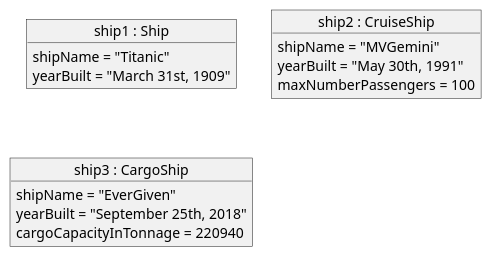
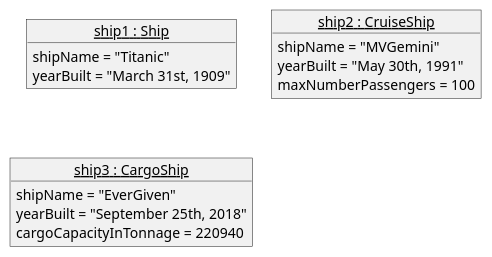
The diagram in HW3/Object Diagrams/ShipObjectUML.plantuml (adenletchworth/Software-Engineering-Submissions), drawn with PlantUML before and after one commit. The commit also changed 5 other files, not shown here.

Commit message:
fix: Add underline for object diagram names

```diff
--- a/HW3/Object Diagrams/ShipObjectUML.plantuml
+++ b/HW3/Object Diagrams/ShipObjectUML.plantuml
@@ -1,21 +1,20 @@
 @startuml ShipObject
 
-object "ship1 : Ship" as ship1 {
+object "<u>ship1 : Ship</u>" as ship1 {
   shipName = "Titanic"
   yearBuilt = "March 31st, 1909"
 }
 
-object "ship2 : CruiseShip" as ship2 {
+object "<u>ship2 : CruiseShip</u>" as ship2 {
   shipName = "MVGemini"
   yearBuilt = "May 30th, 1991"
   maxNumberPassengers = 100
 }
 
-object "ship3 : CargoShip" as ship3 {
+object "<u>ship3 : CargoShip</u>" as ship3 {
   shipName = "EverGiven"
   yearBuilt = "September 25th, 2018"
   cargoCapacityInTonnage = 220940
 }
 
-
 @enduml
```
